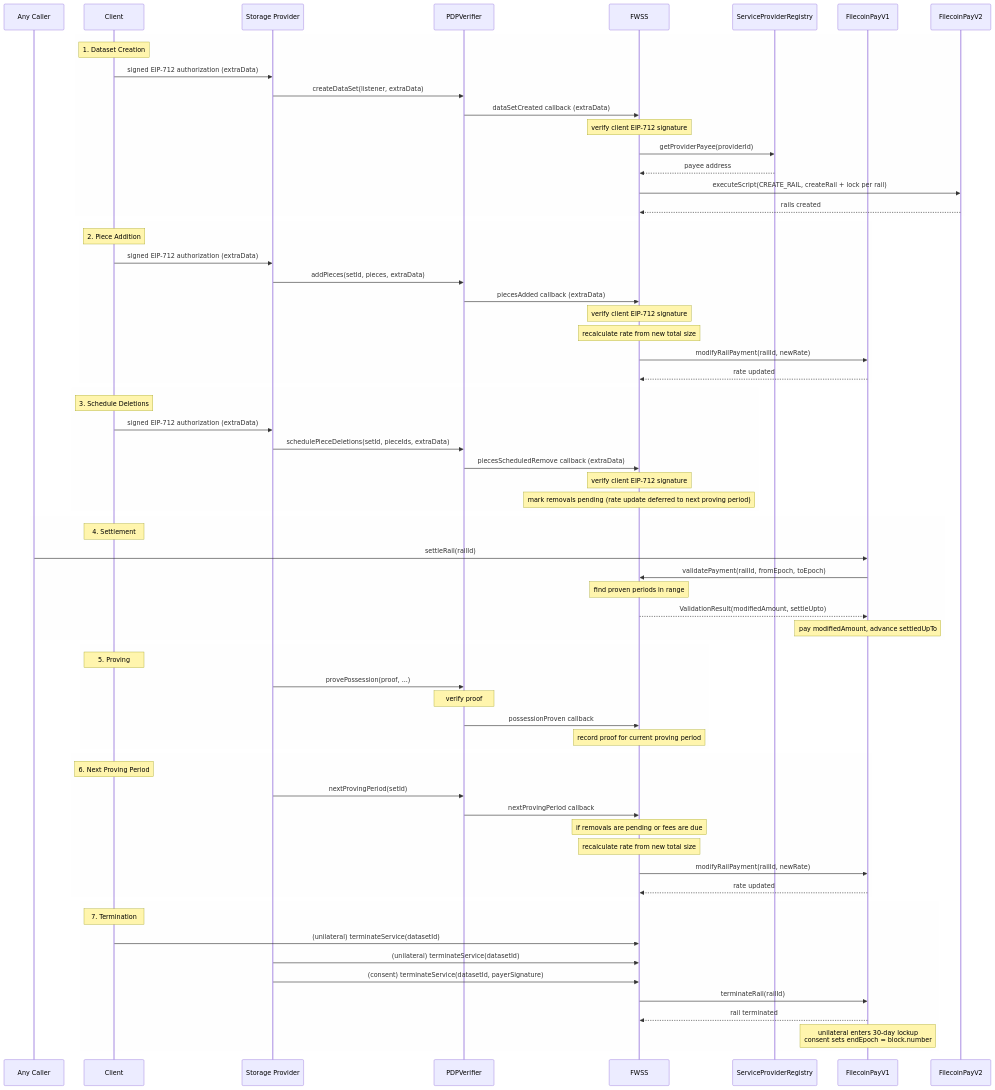
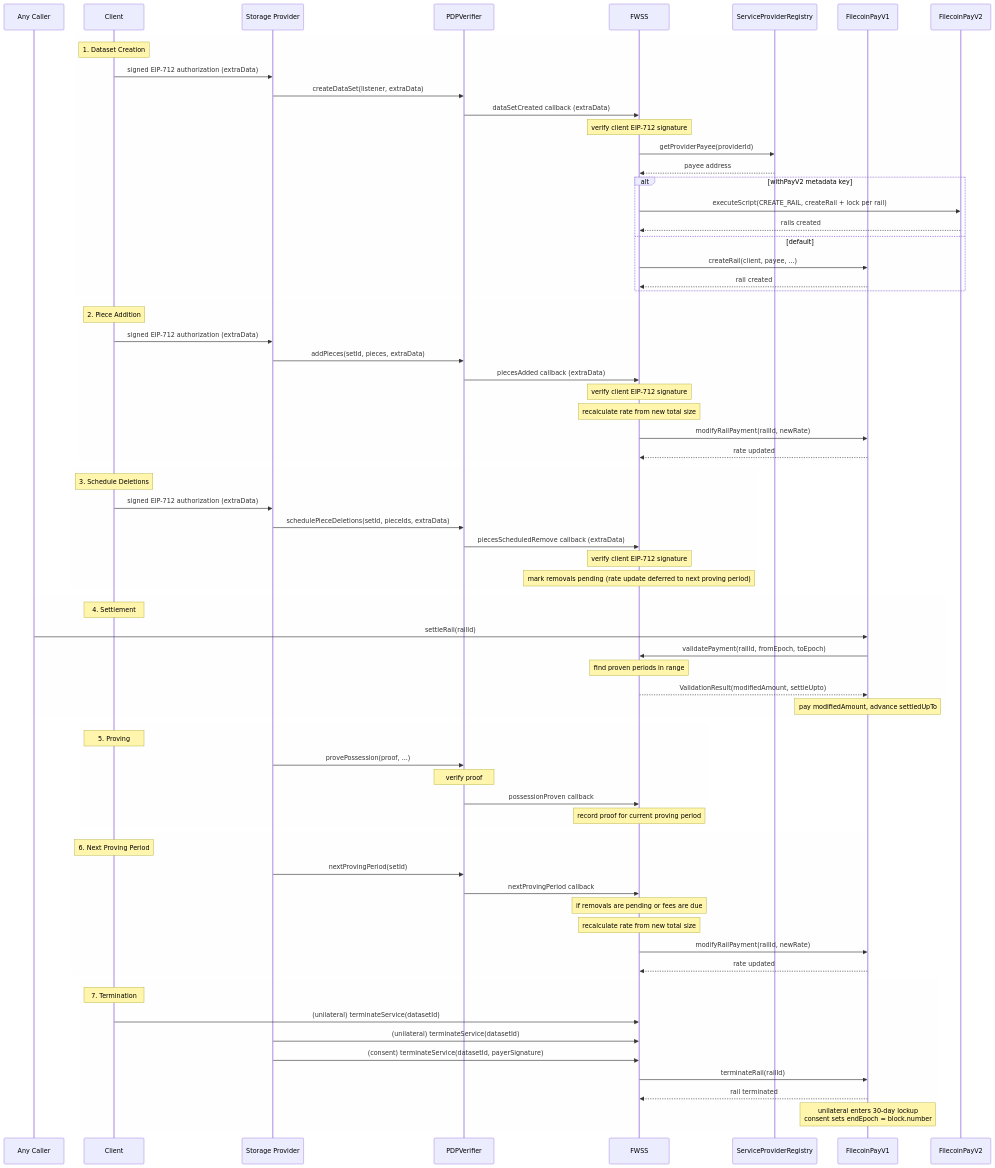
Before and after one commit to FilOzone/filecoin-services: the second of 2 diagrams in SPEC.md, drawn with Mermaid. The commit also changed other lines of this file and 17 other files, not shown here.

First line of the commit message:
feat(fwss): open FilecoinPayV2 rails only for data sets that opt in

```diff
--- a/SPEC.md
+++ b/SPEC.md
@@ -452,8 +454,13 @@
     Note over FWSS: verify client EIP-712 signature
     FWSS->>ServiceProviderRegistry: getProviderPayee(providerId)
     ServiceProviderRegistry-->>FWSS: payee address
-    FWSS->>FilecoinPayV2: executeScript(CREATE_RAIL, createRail + lock per rail)
-    FilecoinPayV2-->>FWSS: rails created
+    alt withPayV2 metadata key
+      FWSS->>FilecoinPayV2: executeScript(CREATE_RAIL, createRail + lock per rail)
+      FilecoinPayV2-->>FWSS: rails created
+    else default
+      FWSS->>FilecoinPayV1: createRail(client, payee, ...)
+      FilecoinPayV1-->>FWSS: rail created
+    end
   end
 
   rect rgba(248, 248, 248, 0.2)
```
